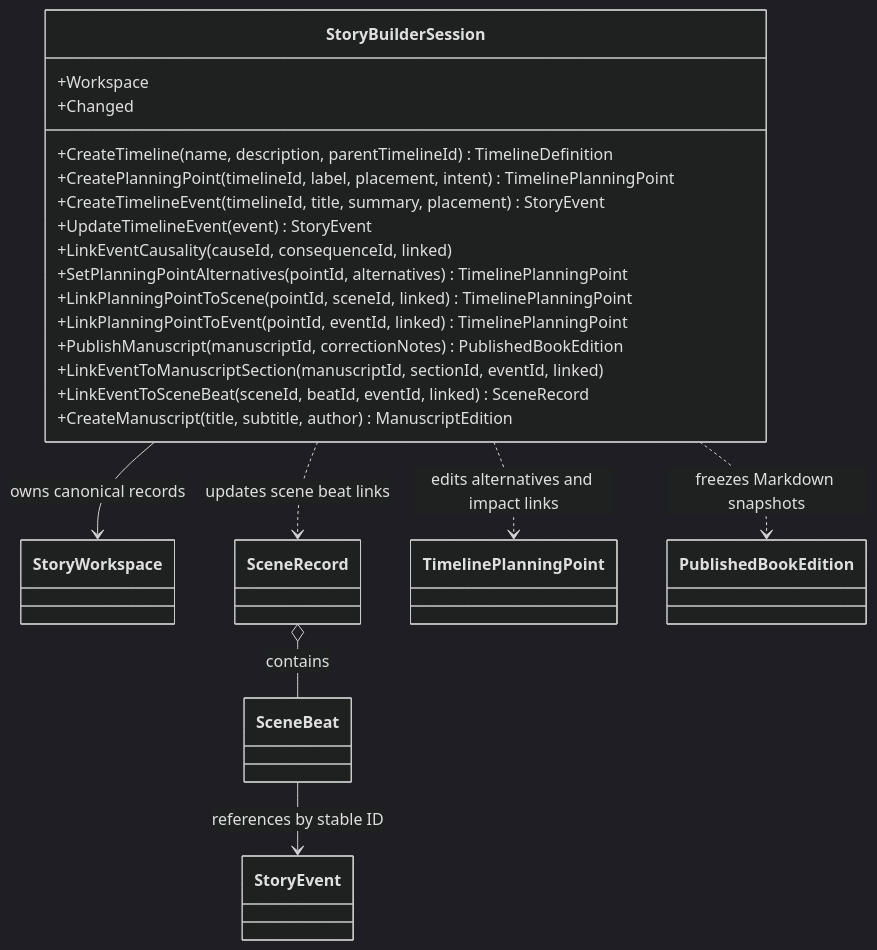
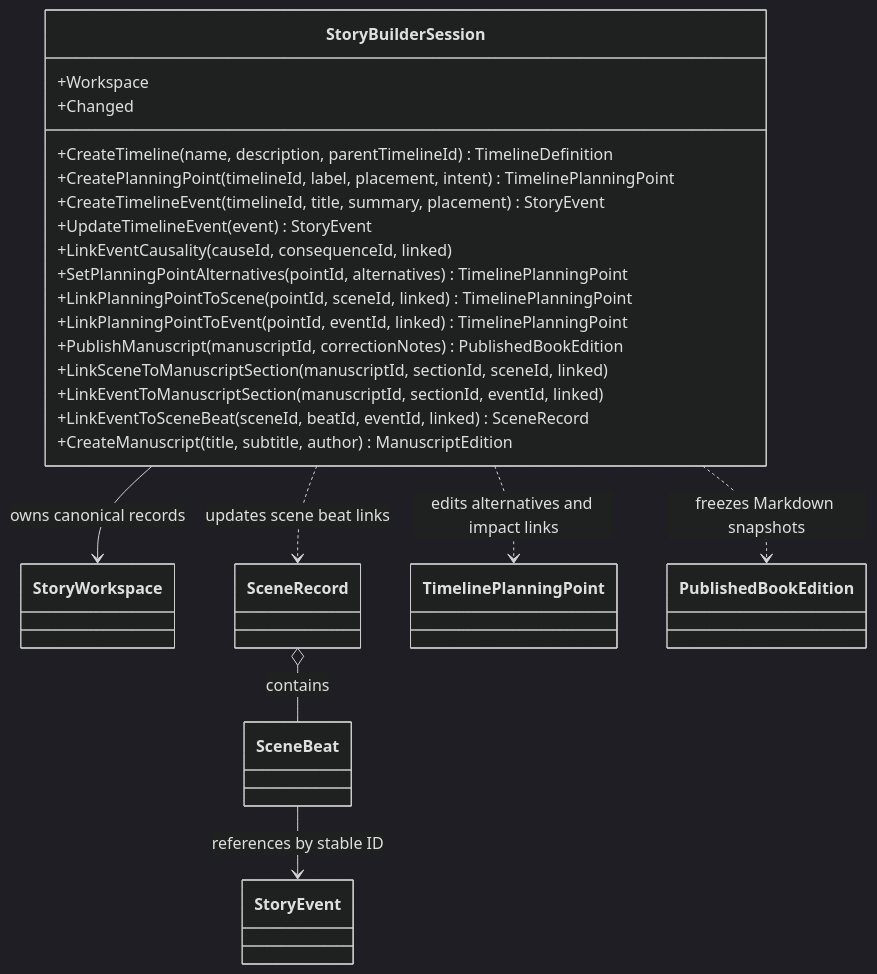
One commit to TrentBest/StoryBuilder changed the diagram in docs/UML/StoryBuilderSessionUML.md. Above: the diagram before and after it, drawn with Mermaid (dark theme).

Commit message:
Show manuscript scene-link operation in UML

````diff
--- a/docs/UML/StoryBuilderSessionUML.md
+++ b/docs/UML/StoryBuilderSessionUML.md
@@ -3,31 +3,32 @@
 ```mermaid
 classDiagram
     class StoryBuilderSession {
         +Workspace
         +CreateTimeline(name, description, parentTimelineId) TimelineDefinition
         +CreatePlanningPoint(timelineId, label, placement, intent) TimelinePlanningPoint
         +CreateTimelineEvent(timelineId, title, summary, placement) StoryEvent
         +UpdateTimelineEvent(event) StoryEvent
         +LinkEventCausality(causeId, consequenceId, linked)
         +SetPlanningPointAlternatives(pointId, alternatives) TimelinePlanningPoint
         +LinkPlanningPointToScene(pointId, sceneId, linked) TimelinePlanningPoint
         +LinkPlanningPointToEvent(pointId, eventId, linked) TimelinePlanningPoint
         +PublishManuscript(manuscriptId, correctionNotes) PublishedBookEdition
+        +LinkSceneToManuscriptSection(manuscriptId, sectionId, sceneId, linked)
         +LinkEventToManuscriptSection(manuscriptId, sectionId, eventId, linked)
         +LinkEventToSceneBeat(sceneId, beatId, eventId, linked) SceneRecord
         +CreateManuscript(title, subtitle, author) ManuscriptEdition
         +Changed
     }
     class StoryWorkspace
     class SceneRecord
     class SceneBeat
     class TimelinePlanningPoint
     class PublishedBookEdition
     class StoryEvent
     StoryBuilderSession --> StoryWorkspace : owns canonical records
     StoryBuilderSession ..> TimelinePlanningPoint : edits alternatives and impact links
     StoryBuilderSession ..> PublishedBookEdition : freezes Markdown snapshots
     StoryBuilderSession ..> SceneRecord : updates scene beat links
     SceneRecord o-- SceneBeat : contains
     SceneBeat --> StoryEvent : references by stable ID
 ```
````
